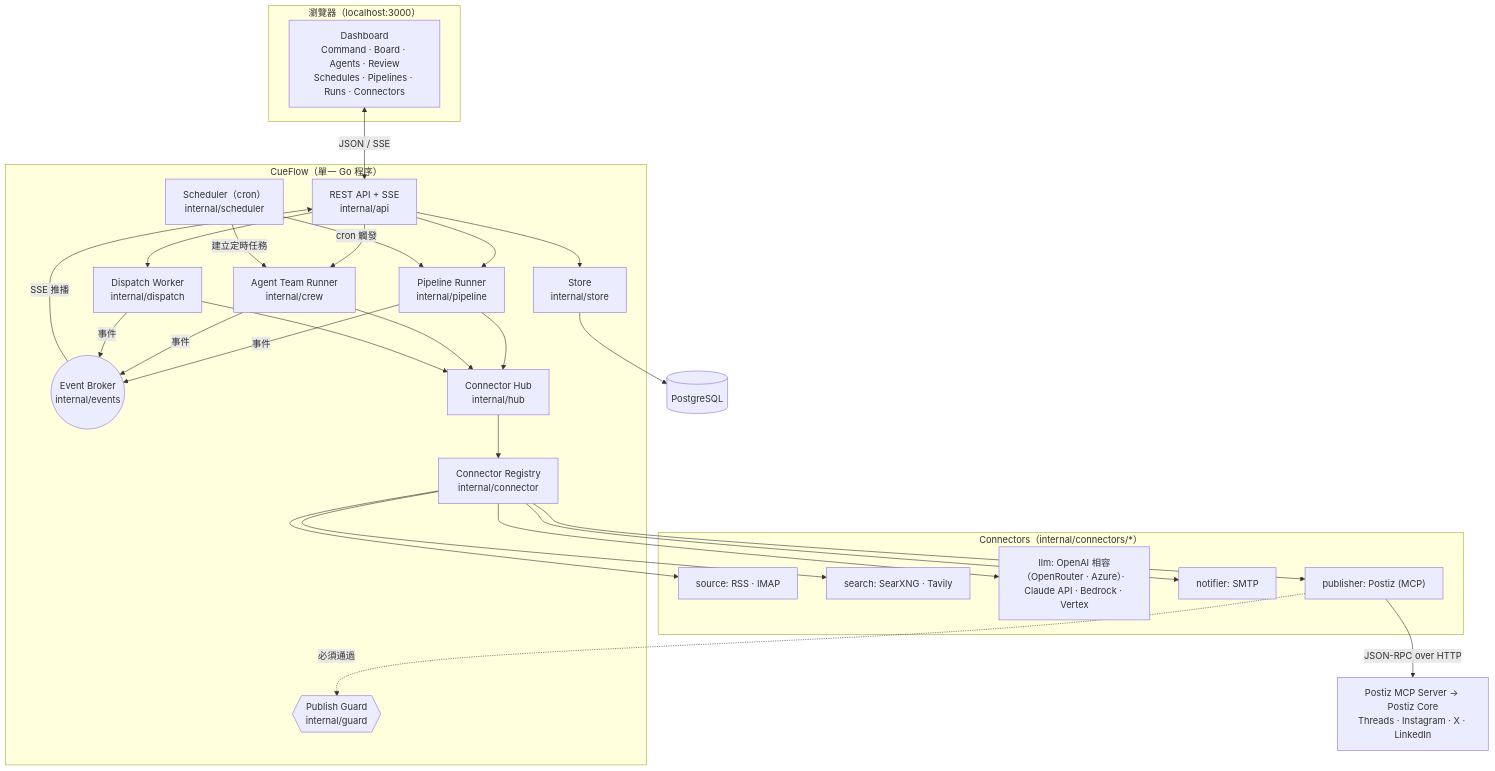
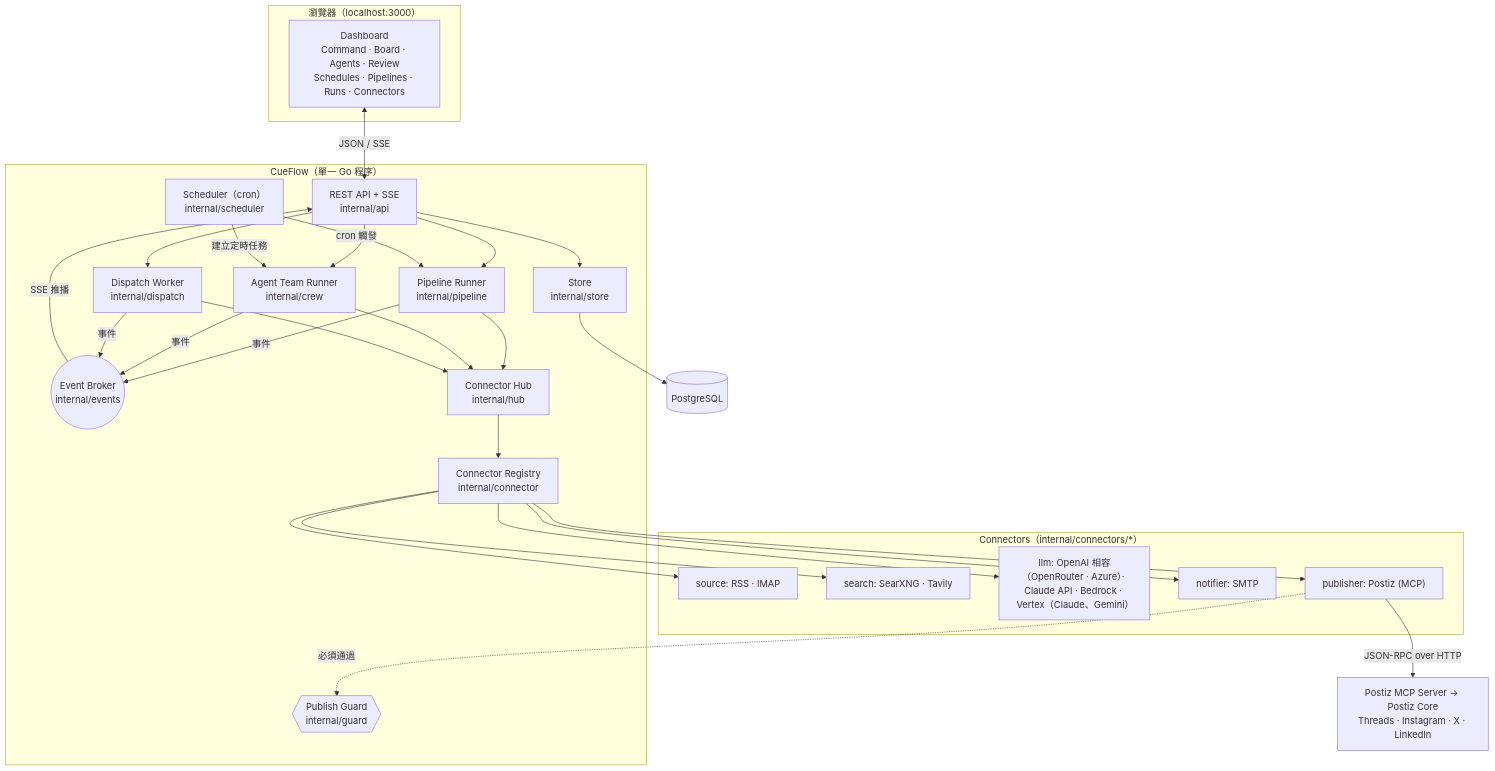
One commit to j75689/cueflow changed the first of 6 diagrams in docs/zh-TW/architecture.md. Above: the diagram before and after it, drawn with Mermaid. The commit also changed other lines of this file and 8 other files, not shown here.

First line of the commit message:
feat: Gemini on Vertex AI connector

````diff
--- a/docs/zh-TW/architecture.md
+++ b/docs/zh-TW/architecture.md
@@ -21,49 +21,49 @@
 ```mermaid
 flowchart TB
     subgraph Browser["瀏覽器（localhost:3000）"]
         UI["Dashboard<br/>Command · Board · Agents · Review<br/>Schedules · Pipelines · Runs · Connectors"]
     end
 
     subgraph Core["CueFlow（單一 Go 程序）"]
         API["REST API + SSE<br/>internal/api"]
         Broker(("Event Broker<br/>internal/events"))
         Sched["Scheduler（cron）<br/>internal/scheduler"]
         Pipe["Pipeline Runner<br/>internal/pipeline"]
         Crew["Agent Team Runner<br/>internal/crew"]
         Disp["Dispatch Worker<br/>internal/dispatch"]
         Hub["Connector Hub<br/>internal/hub"]
         Reg["Connector Registry<br/>internal/connector"]
         Guard{{"Publish Guard<br/>internal/guard"}}
         Store["Store<br/>internal/store"]
     end
 
     DB[("PostgreSQL")]
 
     subgraph Plugins["Connectors（internal/connectors/*）"]
         Src["source: RSS · IMAP"]
         Search["search: SearXNG · Tavily"]
-        LLM["llm: OpenAI 相容（OpenRouter · Azure）· Claude API · Bedrock · Vertex"]
+        LLM["llm: OpenAI 相容（OpenRouter · Azure）· Claude API · Bedrock · Vertex（Claude、Gemini）"]
         Notif["notifier: SMTP"]
         Pub["publisher: Postiz (MCP)"]
     end
 
     Postiz["Postiz MCP Server → Postiz Core<br/>Threads · Instagram · X · LinkedIn"]
 
     UI <-->|"JSON / SSE"| API
     API --> Store
     API --> Crew
     API --> Disp
     API --> Pipe
     Broker -->|"SSE 推播"| API
     Sched -->|"cron 觸發"| Pipe
     Sched -->|"建立定時任務"| Crew
     Pipe --> Hub
     Crew --> Hub
     Disp --> Hub
     Hub --> Reg
     Reg --> Src & Search & LLM & Notif & Pub
     Pub -.->|"必須通過"| Guard
     Pub -->|"JSON-RPC over HTTP"| Postiz
     Store --> DB
     Pipe & Crew & Disp -->|"事件"| Broker
 ```
````
